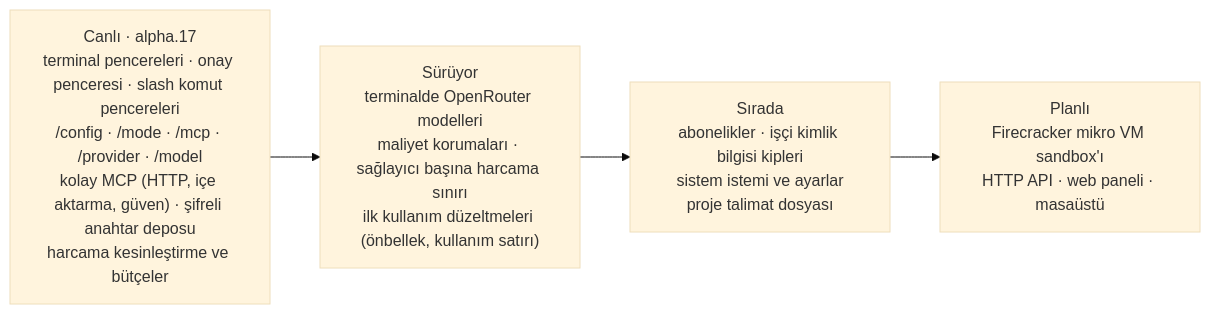
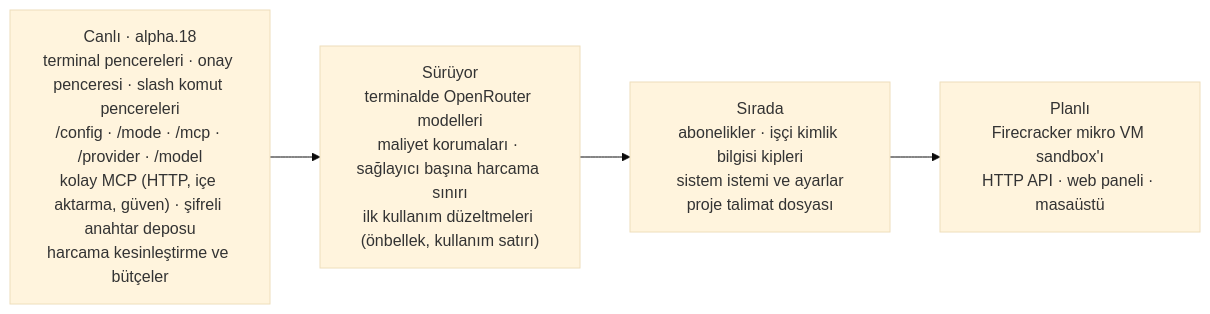
Before and after one commit to Verhex/deckent-next: the fifth of 5 diagrams in README.tr.md, drawn with Mermaid (base theme). The commit also changed other lines of this file and 4 other files, not shown here.

````diff
--- a/README.tr.md
+++ b/README.tr.md
@@ -289,6 +289,6 @@
 ```mermaid
 flowchart LR
-  L["Canlı · alpha.17<br/>terminal pencereleri · onay penceresi · slash komut pencereleri<br/>/config · /mode · /mcp · /provider · /model<br/>kolay MCP (HTTP, içe aktarma, güven) · şifreli anahtar deposu<br/>harcama kesinleştirme ve bütçeler"] --> P["Sürüyor<br/>terminalde OpenRouter modelleri<br/>maliyet korumaları · sağlayıcı başına harcama sınırı<br/>ilk kullanım düzeltmeleri (önbellek, kullanım satırı)"]
+  L["Canlı · alpha.18<br/>terminal pencereleri · onay penceresi · slash komut pencereleri<br/>/config · /mode · /mcp · /provider · /model<br/>kolay MCP (HTTP, içe aktarma, güven) · şifreli anahtar deposu<br/>harcama kesinleştirme ve bütçeler"] --> P["Sürüyor<br/>terminalde OpenRouter modelleri<br/>maliyet korumaları · sağlayıcı başına harcama sınırı<br/>ilk kullanım düzeltmeleri (önbellek, kullanım satırı)"]
   P --> N["Sırada<br/>abonelikler · işçi kimlik bilgisi kipleri<br/>sistem istemi ve ayarlar<br/>proje talimat dosyası"]
   N --> F["Planlı<br/>Firecracker mikro VM sandbox'ı<br/>HTTP API · web paneli · masaüstü"]
 ```
````
